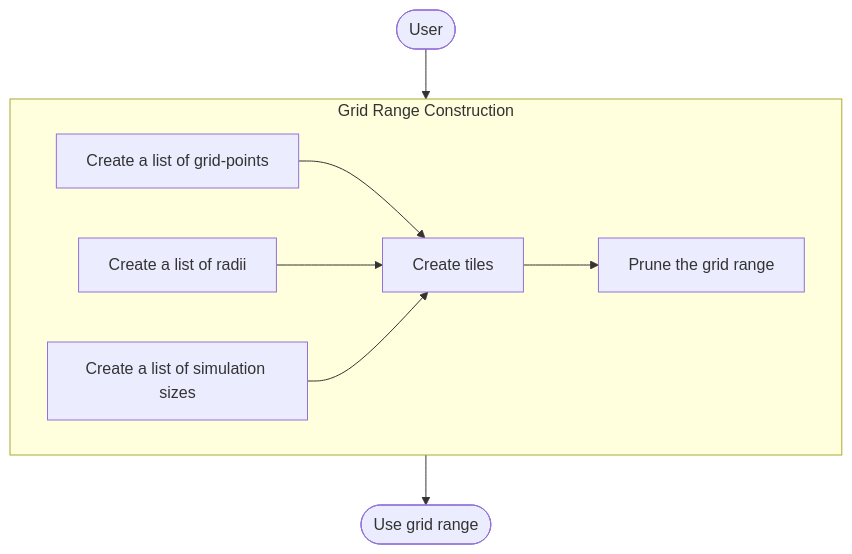
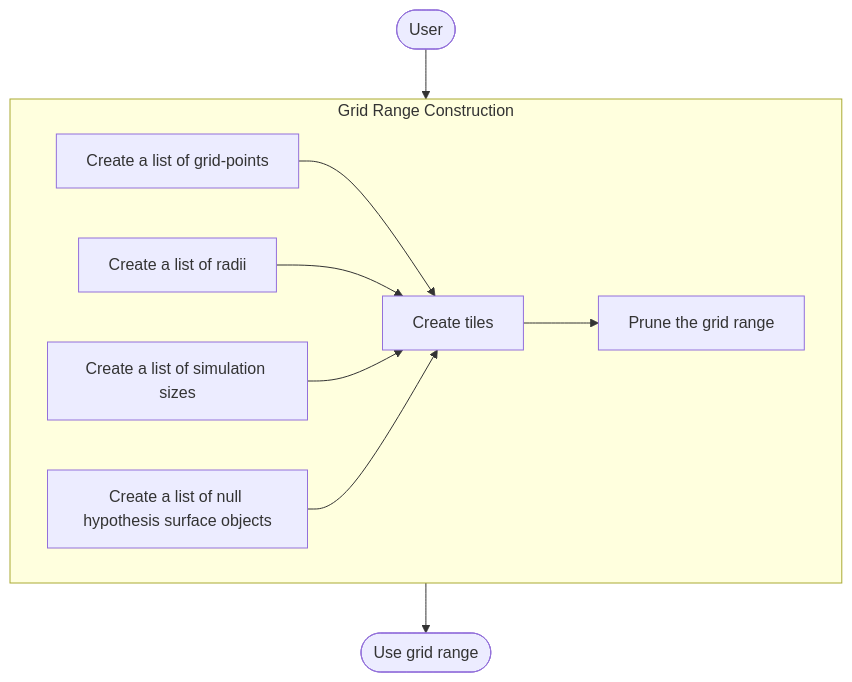
One commit to Confirm-Solutions/imprint changed the diagram in docs/design/grid/grid_range/grid_range.md. Above: the diagram before and after it, drawn with Mermaid. The commit also changed other lines of this file and 7 other files, not shown here.

````diff
--- a/docs/design/grid/grid_range/grid_range.md
+++ b/docs/design/grid/grid_range/grid_range.md
@@ -13,21 +13,23 @@
 ```mermaid
 flowchart TB
     user([User])
 
     %% Grid range construction
     subgraph gr_subg [Grid Range Construction]
         get_gridpts[Create a list of grid-points]
         get_radii[Create a list of radii]
         get_ss[Create a list of simulation sizes]
+        get_null_hypos[Create a list of null hypothesis surface objects]
         get_tiles[Create tiles]
         prune[Prune the grid range]
         
         get_gridpts --> get_tiles
         get_radii --> get_tiles
         get_ss --> get_tiles
+        get_null_hypos --> get_tiles
         get_tiles --> prune
     end
     user --> gr_subg
 
     gr_subg --> process([Use grid range])
 ```
````
